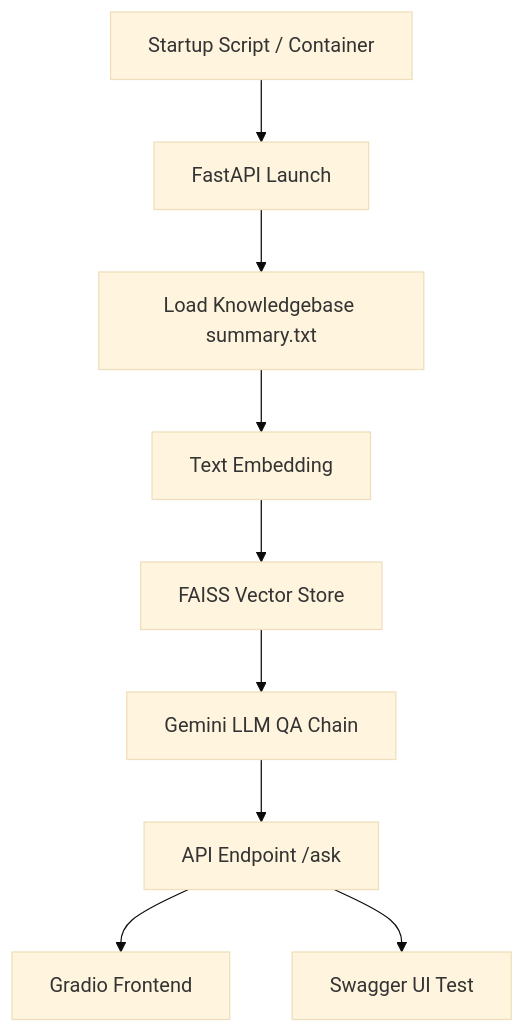
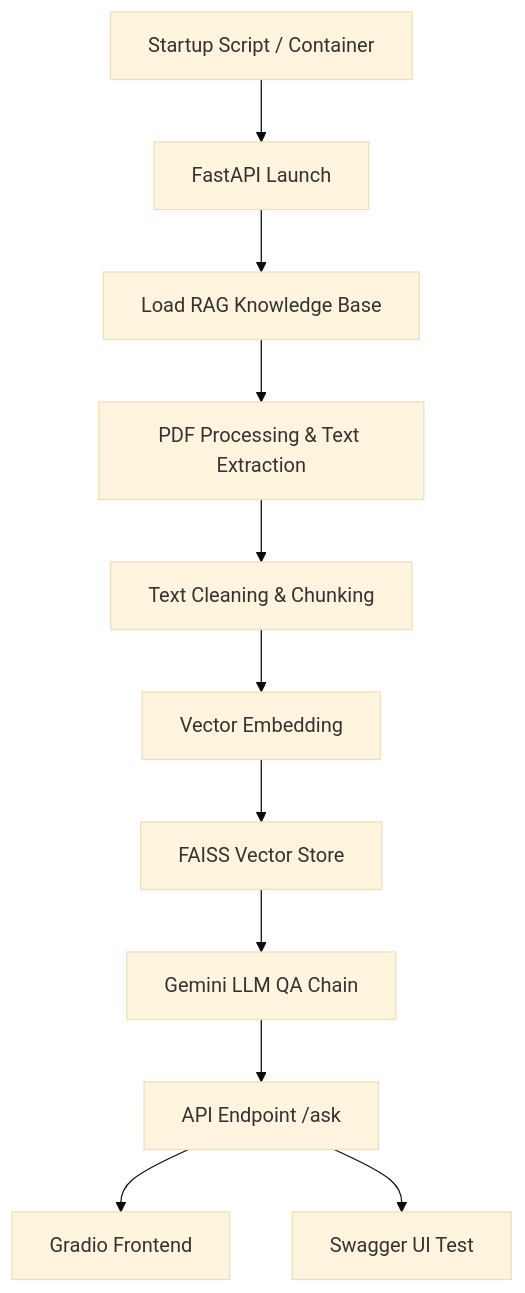
The diagram in docs/README.md (ubn2vm/trend-micro-security-qa-api), drawn with Mermaid (base theme) before and after one commit. The commit also changed other lines of this file and 43 other files, not shown here.

````diff
--- a/docs/README.md
+++ b/docs/README.md
@@ -63,11 +73,13 @@
 ```mermaid
 flowchart TD
     A[Startup Script / Container] --> B[FastAPI Launch]
-    B --> C[Load Knowledgebase summary.txt]
-    C --> D[Text Embedding]
-    D --> E[FAISS Vector Store]
-    E --> F[Gemini LLM QA Chain]
-    F --> G[API Endpoint /ask]
-    G --> H[Gradio Frontend]
-    G --> I[Swagger UI Test]
+    B --> C[Load RAG Knowledge Base]
+    C --> D[PDF Processing & Text Extraction]
+    D --> E[Text Cleaning & Chunking]
+    E --> F[Vector Embedding]
+    F --> G[FAISS Vector Store]
+    G --> H[Gemini LLM QA Chain]
+    H --> I[API Endpoint /ask]
+    I --> J[Gradio Frontend]
+    I --> K[Swagger UI Test]
 ```
````
